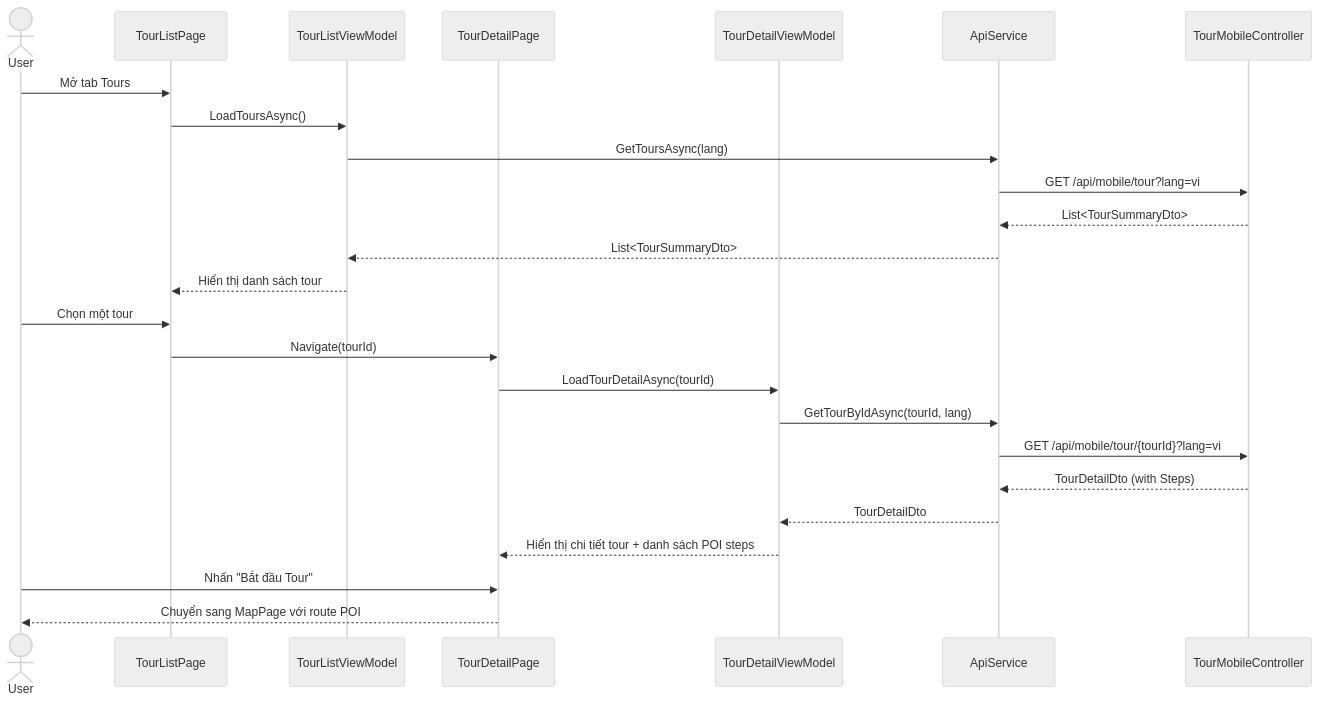
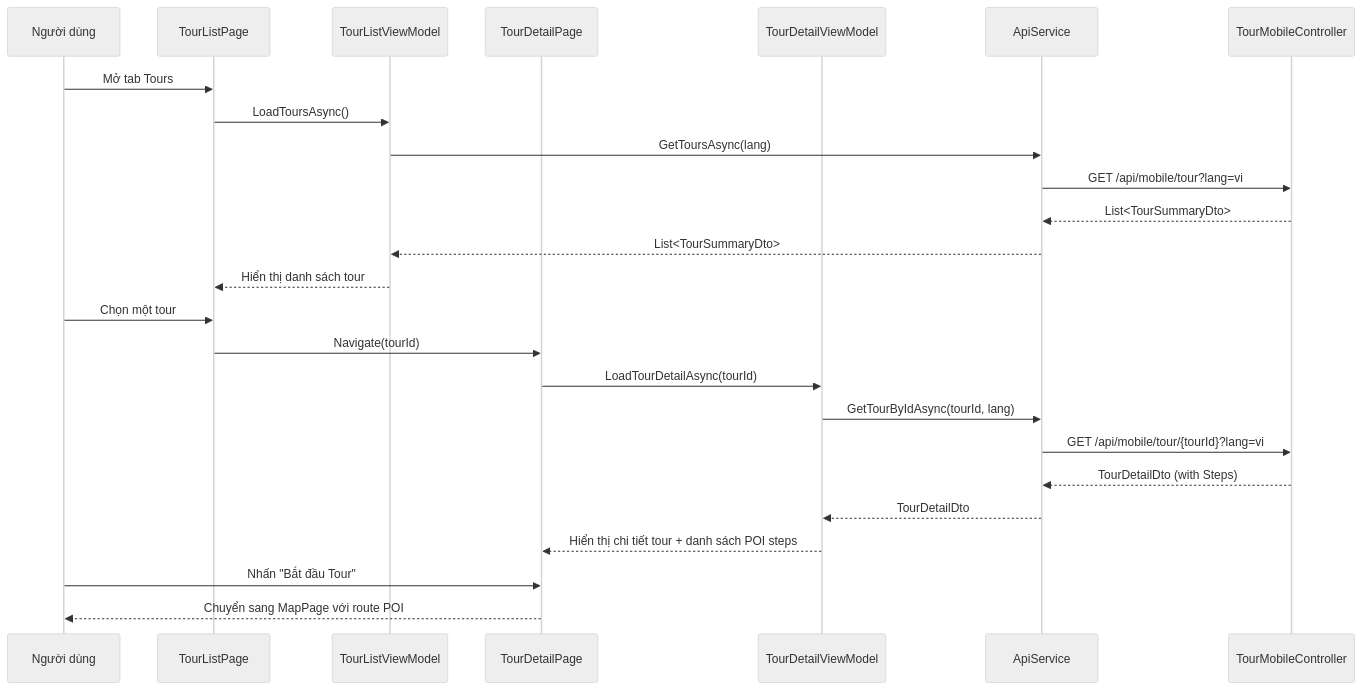
Diagram 24 of 47 in PRD.md (AudioGo-Project/AudioGo), drawn with Mermaid (neutral theme) before and after one commit. The commit also changed other lines of this file, not shown here.

````diff
--- a/PRD.md
+++ b/PRD.md
@@ -1415,30 +1988,30 @@
 ```mermaid
 sequenceDiagram
-    actor User
+    participant MobileUser as Người dùng
     participant ListUI as TourListPage
     participant ListVM as TourListViewModel
     participant DetailUI as TourDetailPage
     participant DetailVM as TourDetailViewModel
     participant API as ApiService
     participant Backend as TourMobileController
 
-    User ->> ListUI: Mở tab Tours
+    MobileUser ->> ListUI: Mở tab Tours
     ListUI ->> ListVM: LoadToursAsync()
     ListVM ->> API: GetToursAsync(lang)
     API ->> Backend: GET /api/mobile/tour?lang=vi
     Backend -->> API: List<TourSummaryDto>
     API -->> ListVM: List<TourSummaryDto>
     ListVM -->> ListUI: Hiển thị danh sách tour
 
-    User ->> ListUI: Chọn một tour
+    MobileUser ->> ListUI: Chọn một tour
     ListUI ->> DetailUI: Navigate(tourId)
     DetailUI ->> DetailVM: LoadTourDetailAsync(tourId)
     DetailVM ->> API: GetTourByIdAsync(tourId, lang)
     API ->> Backend: GET /api/mobile/tour/{tourId}?lang=vi
     Backend -->> API: TourDetailDto (with Steps)
     API -->> DetailVM: TourDetailDto
     DetailVM -->> DetailUI: Hiển thị chi tiết tour + danh sách POI steps
 
-    User ->> DetailUI: Nhấn "Bắt đầu Tour"
-    DetailUI -->> User: Chuyển sang MapPage với route POI
+    MobileUser ->> DetailUI: Nhấn "Bắt đầu Tour"
+    DetailUI -->> MobileUser: Chuyển sang MapPage với route POI
 ```
````
